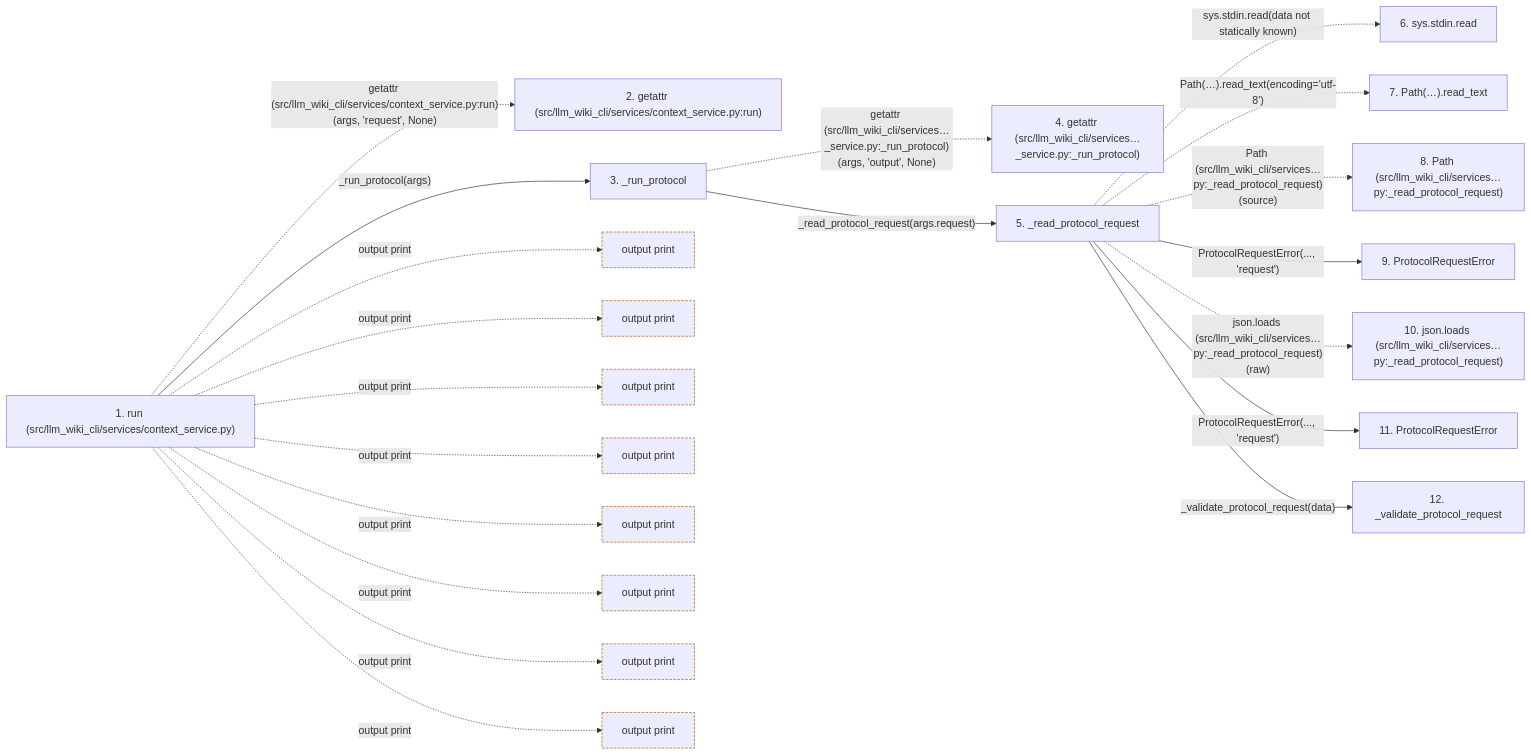
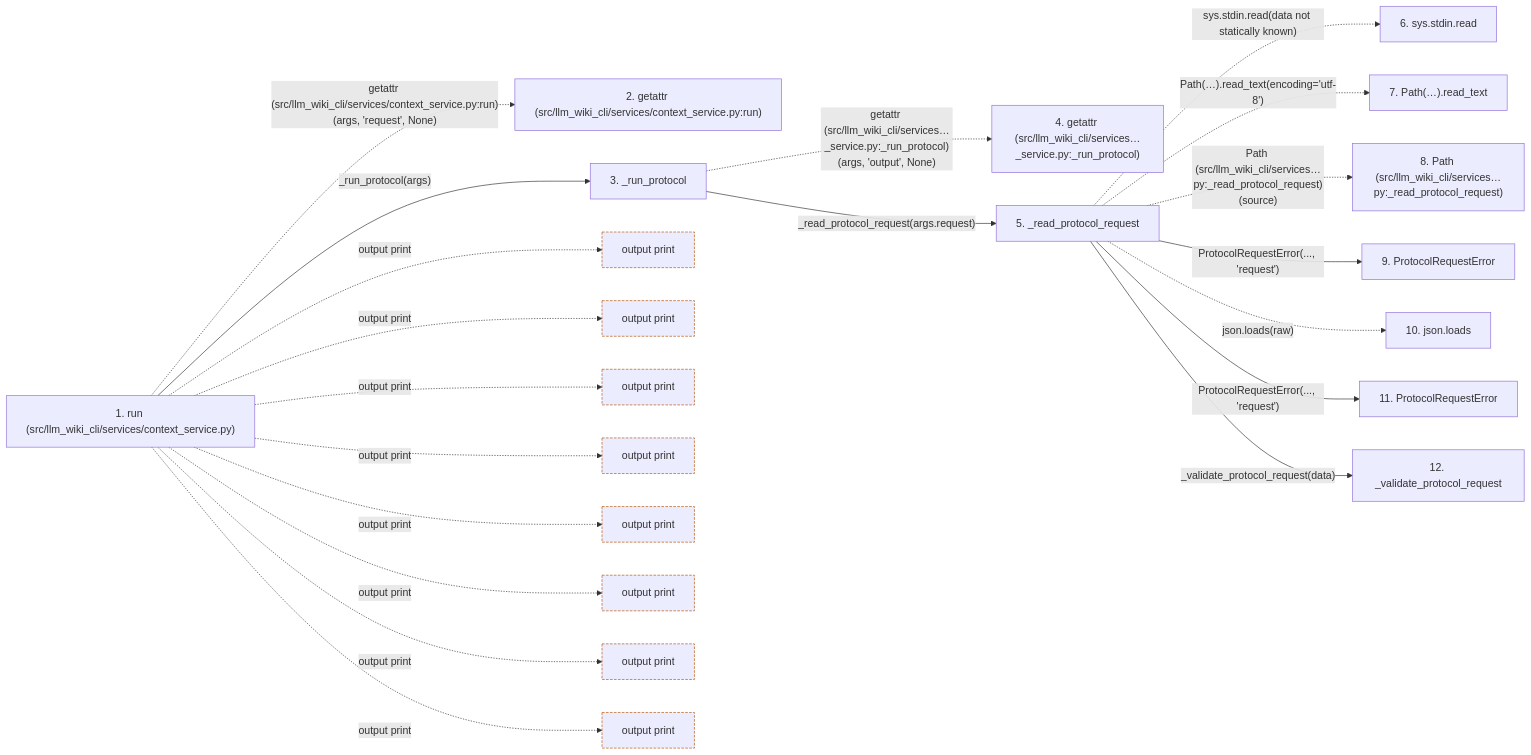
Before and after one commit to Denissvgn/python-wiki-llm: the second of 2 diagrams in docs/llm_wiki/flows/cli-context.md, drawn with Mermaid. The commit also changed other lines of this file and 398 other files, not shown here.

````diff
--- a/docs/llm_wiki/flows/cli-context.md
+++ b/docs/llm_wiki/flows/cli-context.md
@@ -109,57 +107,57 @@
 ```mermaid
 flowchart LR
     s1["1. run (src/llm_wiki_cli/services/context_service.py)"]
     s2["2. getattr (src/llm_wiki_cli/services/context_service.py:run)"]
     s3["3. _run_protocol"]
     s4["4. getattr (src/llm_wiki_cli/services…_service.py:_run_protocol)"]
     s5["5. _read_protocol_request"]
     s6["6. sys.stdin.read"]
     s7["7. Path(…).read_text"]
     s8["8. Path (src/llm_wiki_cli/services…py:_read_protocol_request)"]
     s9["9. ProtocolRequestError"]
-    s10["10. json.loads (src/llm_wiki_cli/services…py:_read_protocol_request)"]
+    s10["10. json.loads"]
     s11["11. ProtocolRequestError"]
     s12["12. _validate_protocol_request"]
     s1 -. "getattr (src/llm_wiki_cli/services/context_service.py:run)(args, 'request', None)" .-> s2
     s1 -->|"_run_protocol(args)"| s3
     s3 -. "getattr (src/llm_wiki_cli/services…_service.py:_run_protocol)(args, 'output', None)" .-> s4
     s3 -->|"_read_protocol_request(args.request)"| s5
     s5 -. "sys.stdin.read(data not statically known)" .-> s6
     s5 -. "Path(…).read_text(encoding='utf-8')" .-> s7
     s5 -. "Path (src/llm_wiki_cli/services…py:_read_protocol_request)(source)" .-> s8
     s5 -->|"ProtocolRequestError(..., 'request')"| s9
-    s5 -. "json.loads (src/llm_wiki_cli/services…py:_read_protocol_request)(raw)" .-> s10
+    s5 -. "json.loads(raw)" .-> s10
     s5 -->|"ProtocolRequestError(..., 'request')"| s11
     s5 -->|"_validate_protocol_request(data)"| s12
     b0["output print"]
     s1 -. "output print" .-> b0
     b1["output print"]
     s1 -. "output print" .-> b1
     b2["output print"]
     s1 -. "output print" .-> b2
     b3["output print"]
     s1 -. "output print" .-> b3
     b4["output print"]
     s1 -. "output print" .-> b4
     b5["output print"]
     s1 -. "output print" .-> b5
     b6["output print"]
     s1 -. "output print" .-> b6
     b7["output print"]
     s1 -. "output print" .-> b7
     click s1 "../modules/context_service.md"
     click s3 "../modules/context_service.md"
     click s5 "../modules/context_service.md"
     click s9 "../modules/context_service.md"
     click s11 "../modules/context_service.md"
     click s12 "../modules/context_service.md"
     classDef boundary stroke:#b45309,stroke-dasharray: 4 2
     class b0 boundary
     class b1 boundary
     class b2 boundary
     class b3 boundary
     class b4 boundary
     class b5 boundary
     class b6 boundary
     class b7 boundary
 ```
````
